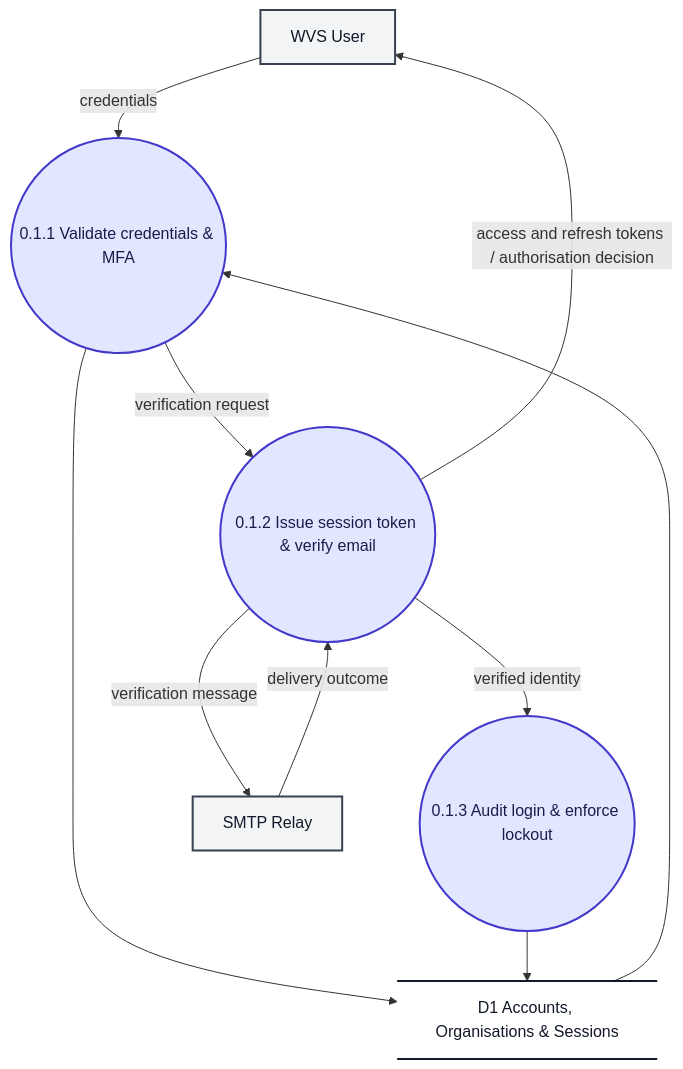
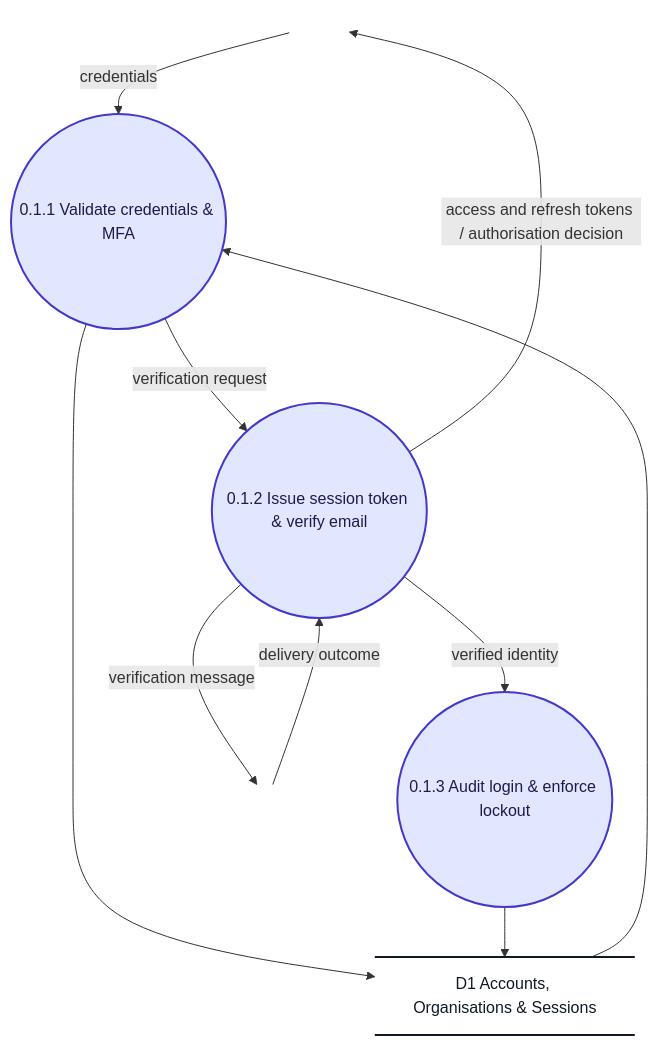
One commit to ksacheth/software-engineering changed the diagram in docs/dfd/mermaid/f.1.mmd. Above: the diagram before and after it, drawn with Mermaid. The commit also changed 19 other files, not shown here.

```diff
--- a/docs/dfd/mermaid/f.1.mmd
+++ b/docs/dfd/mermaid/f.1.mmd
@@ -1,27 +1,29 @@
 flowchart TD
     %% Level 2 DFD - F.1 User Authentication & Access Control
+    %% External entities appear only in the Level 0 context diagram
+    %% (Rajib Mall, Ch. 6); boundary arrows carry cross-boundary flows.
 
-    User["WVS User"]
+    B_User[" "]
     P11(("0.1.1 Validate credentials & MFA"))
     P12(("0.1.2 Issue session token & verify email"))
     P13(("0.1.3 Audit login & enforce lockout"))
     D1@{ shape: datastore, label: "D1 Accounts, Organisations & Sessions" }
-    SMTP["SMTP Relay"]
+    B_SMTP[" "]
 
-    User -->|"credentials"| P11
+    B_User -->|"credentials"| P11
     P11 -->|"verification request"| P12
-    P12 -->|"access and refresh tokens / authorisation decision"| User
+    P12 -->|"access and refresh tokens / authorisation decision"| B_User
     P12 -->|"verified identity"| P13
     D1 --> P11
     P11 --> D1
     P13 --> D1
-    P12 -->|"verification message"| SMTP
-    SMTP -->|"delivery outcome"| P12
+    P12 -->|"verification message"| B_SMTP
+    B_SMTP -->|"delivery outcome"| P12
 
     %% Styling
     classDef process fill:#e0e7ff,stroke:#4338ca,stroke-width:2px,color:#1e1b4b;
-    classDef entity fill:#f3f4f6,stroke:#374151,stroke-width:2px,color:#111827;
     classDef store fill:transparent,stroke:#111827,stroke-width:2px,color:#111827;
+    classDef boundary fill:transparent,stroke:transparent,color:transparent;
     class P11,P12,P13 process;
-    class User,SMTP entity;
     class D1 store;
+    class B_User,B_SMTP boundary;
```
